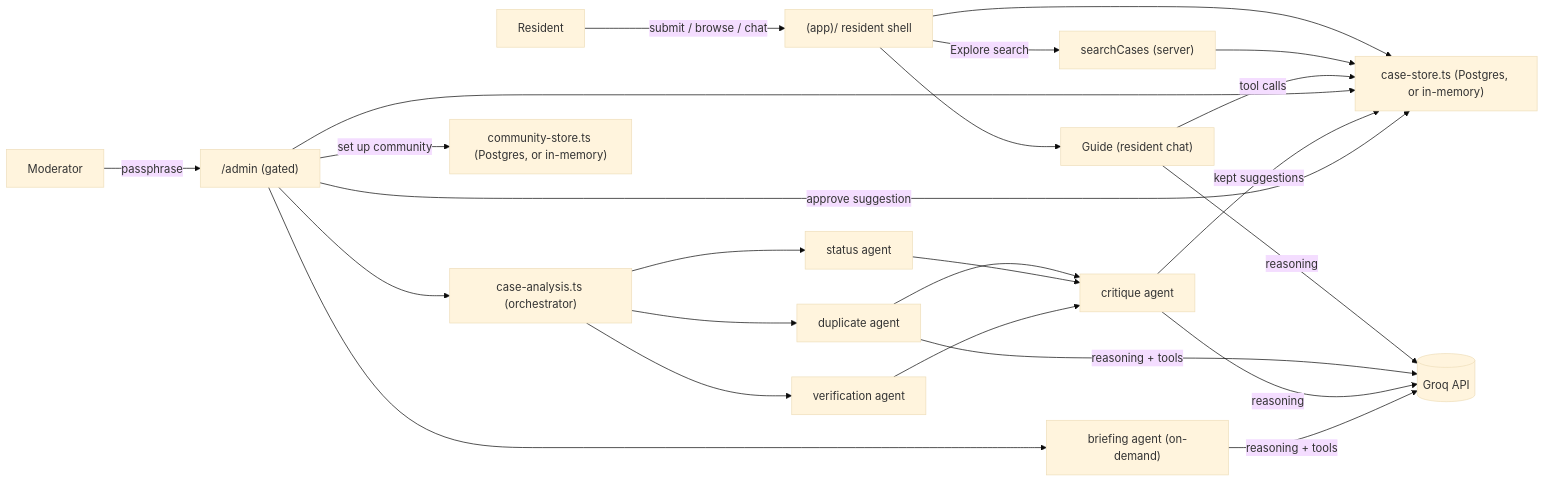
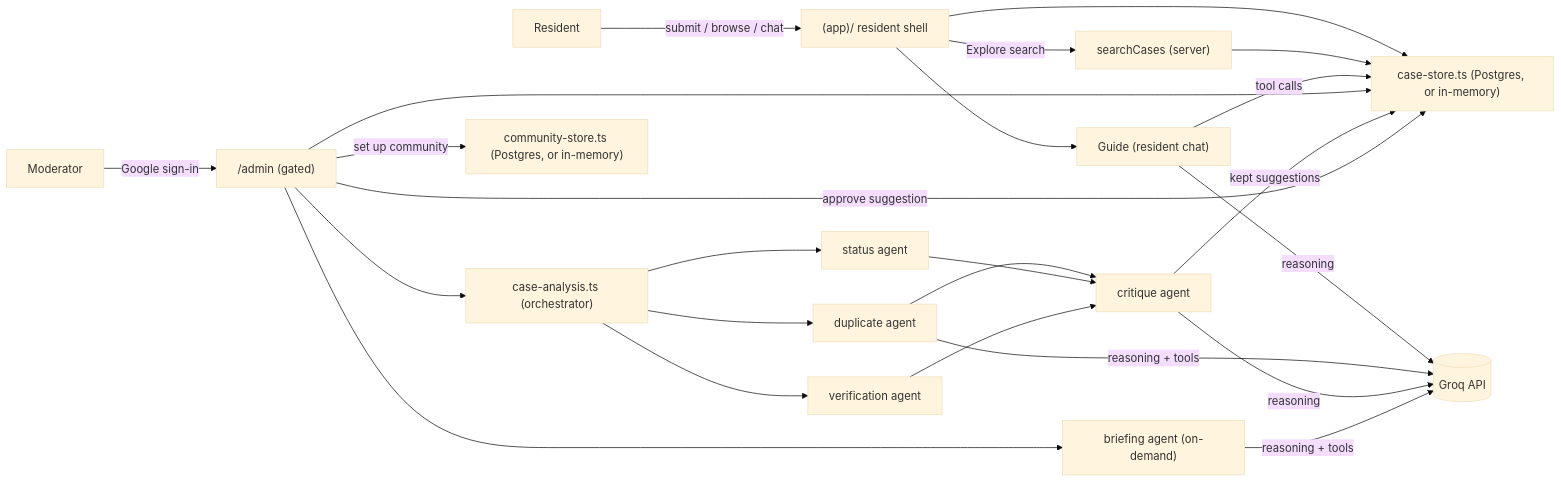
Before and after one commit to Bhakti864653/commonground: the diagram in README.md, drawn with Mermaid (base theme). The commit also changed other lines of this file, not shown here.

Commit message:
Update README: live link and Google sign-in for moderators

````diff
--- a/README.md
+++ b/README.md
@@ -123,24 +127,24 @@
 ```mermaid
 flowchart LR
   Resident -->|submit / browse / chat| AppShell["(app)/ resident shell"]
   AppShell --> Store["case-store.ts (Postgres, or in-memory)"]
   AppShell -->|Explore search| Search["searchCases (server)"]
   Search --> Store
   AppShell --> Guide["Guide (resident chat)"]
   Guide -->|tool calls| Store
   Guide -->|reasoning| Groq[(Groq API)]
-  Moderator -->|passphrase| Admin["/admin (gated)"]
+  Moderator -->|Google sign-in| Admin["/admin (gated)"]
   Admin --> Store
   Admin --> Orchestrator["case-analysis.ts (orchestrator)"]
   Orchestrator --> DupAgent["duplicate agent"]
   Orchestrator --> StatusAgent["status agent"]
   Orchestrator --> VerifyAgent["verification agent"]
   DupAgent & StatusAgent & VerifyAgent --> Critique["critique agent"]
   Critique -->|kept suggestions| Store
   DupAgent -->|reasoning + tools| Groq
   Critique -->|reasoning| Groq
   Admin --> Briefing["briefing agent (on-demand)"]
   Briefing -->|reasoning + tools| Groq
   Admin -->|approve suggestion| Store
   Admin -->|set up community| Communities["community-store.ts (Postgres, or in-memory)"]
 ```
````
